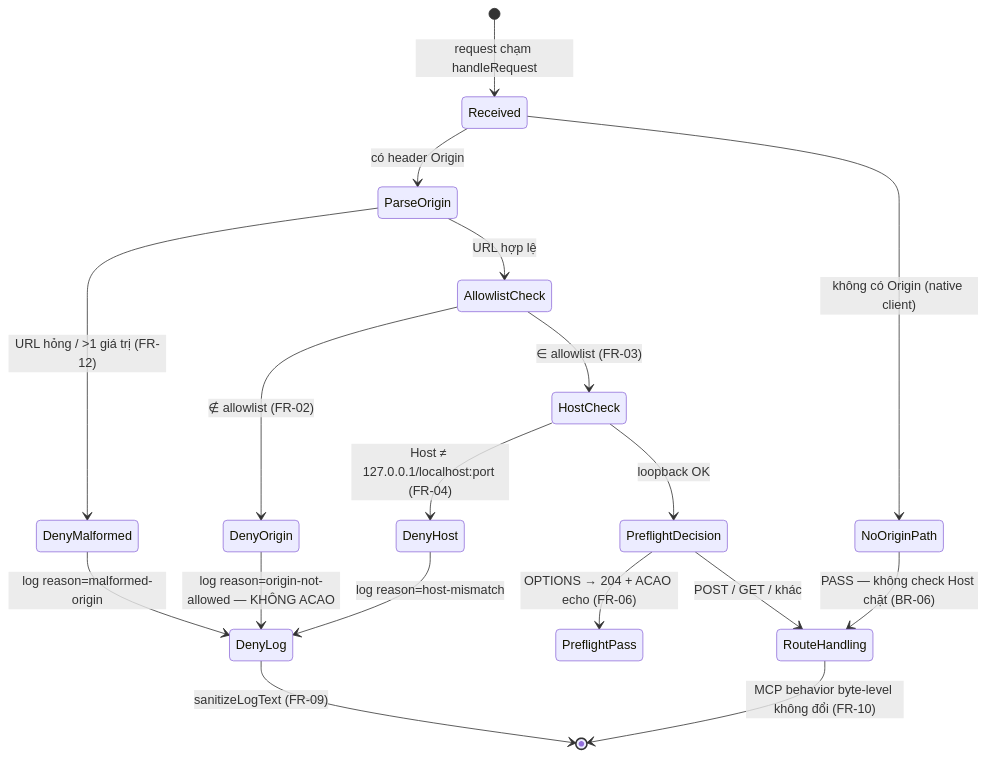
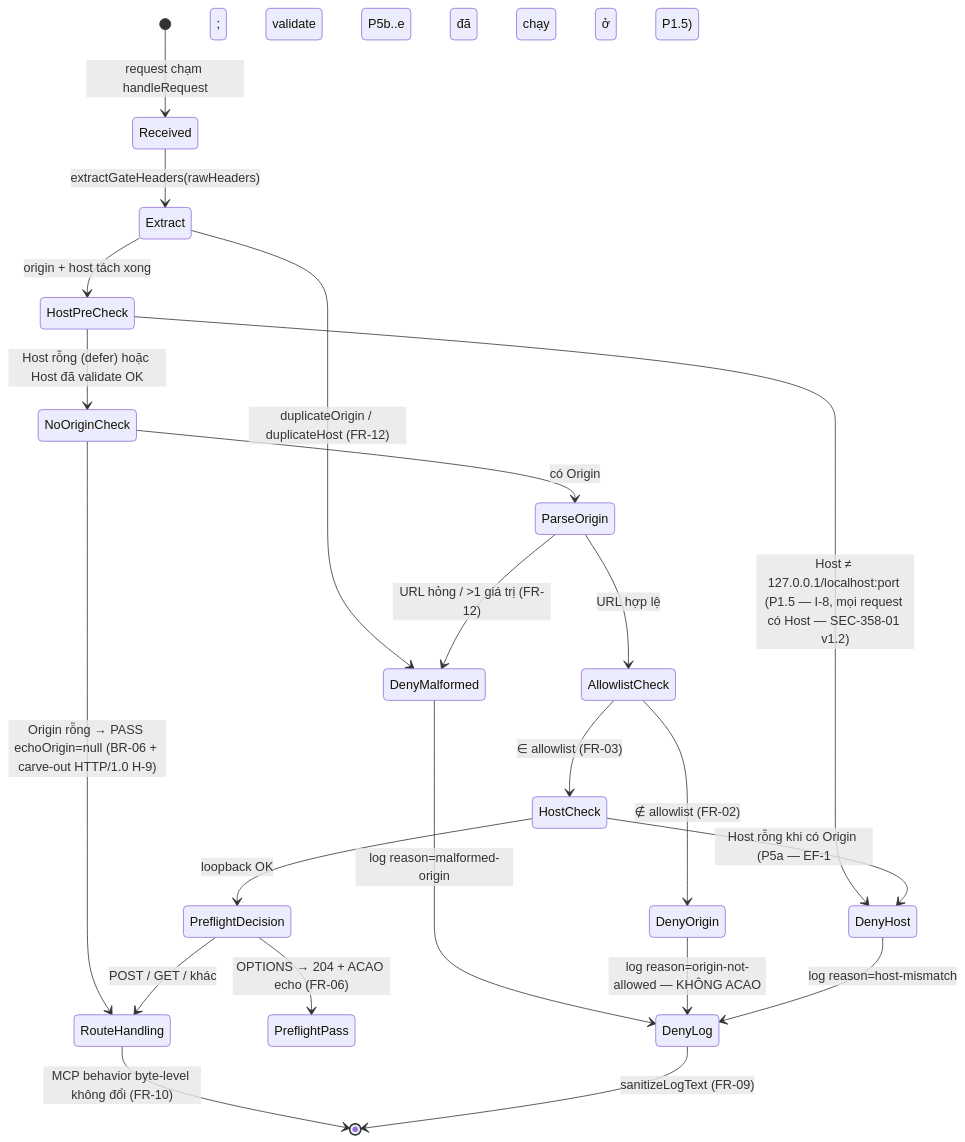
The third of 3 diagrams in documents/SA4E-358/FSD.md (dnguyenminh/SDLC-Agents-4-Enteprise), drawn with Mermaid before and after one commit. The commit also changed other lines of this file and 30 other files, not shown here.

````diff
--- a/documents/SA4E-358/FSD.md
+++ b/documents/SA4E-358/FSD.md
@@ -939,20 +959,24 @@
 ```mermaid
 stateDiagram-v2
     [*] --> Received: request chạm handleRequest
-    Received --> ParseOrigin: có header Origin
-    Received --> NoOriginPath: không có Origin (native client)
-    NoOriginPath --> RouteHandling: PASS — không check Host chặt (BR-06)
+    Received --> Extract: extractGateHeaders(rawHeaders)
+    Extract --> DenyMalformed: duplicateOrigin / duplicateHost (FR-12)
+    Extract --> HostPreCheck: origin + host tách xong
+    HostPreCheck --> DenyHost: Host ≠ 127.0.0.1/localhost:port (P1.5 — I-8, mọi request có Host — SEC-358-01 v1.2)
+    HostPreCheck --> NoOriginCheck: Host rỗng (defer) hoặc Host đã validate OK
+    NoOriginCheck --> RouteHandling: Origin rỗng → PASS echoOrigin=null (BR-06 + carve-out HTTP/1.0 H-9)
+    NoOriginCheck --> ParseOrigin: có Origin
     ParseOrigin --> DenyMalformed: URL hỏng / >1 giá trị (FR-12)
     ParseOrigin --> AllowlistCheck: URL hợp lệ
     AllowlistCheck --> DenyOrigin: ∉ allowlist (FR-02)
     AllowlistCheck --> HostCheck: ∈ allowlist (FR-03)
-    HostCheck --> DenyHost: Host ≠ 127.0.0.1/localhost:port (FR-04)
+    HostCheck --> DenyHost: Host rỗng khi có Origin (P5a — EF-1; validate P5b..e đã chạy ở P1.5)
     HostCheck --> PreflightDecision: loopback OK
     PreflightDecision --> PreflightPass: OPTIONS → 204 + ACAO echo (FR-06)
     PreflightDecision --> RouteHandling: POST / GET / khác
     RouteHandling --> [*]: MCP behavior byte-level không đổi (FR-10)
     DenyMalformed --> DenyLog: log reason=malformed-origin
     DenyOrigin --> DenyLog: log reason=origin-not-allowed — KHÔNG ACAO
     DenyHost --> DenyLog: log reason=host-mismatch
     DenyLog --> [*]: sanitizeLogText (FR-09)
 ```
````
